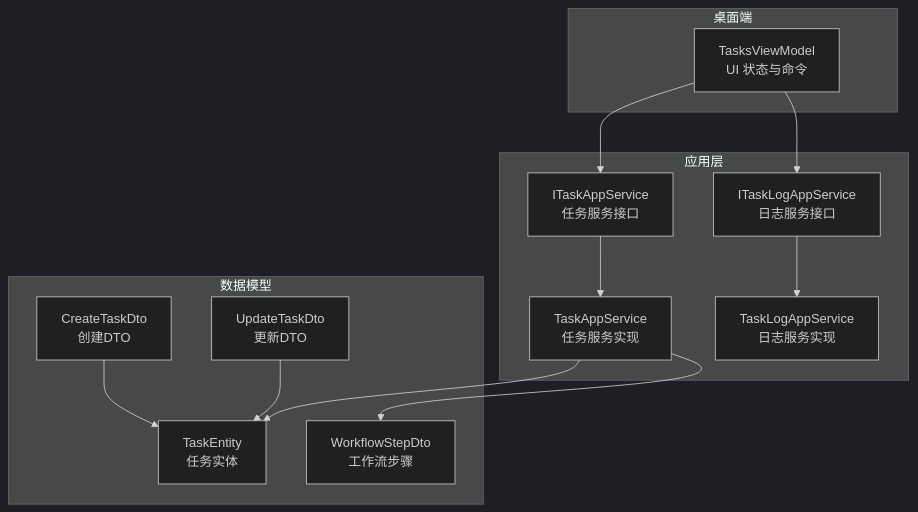
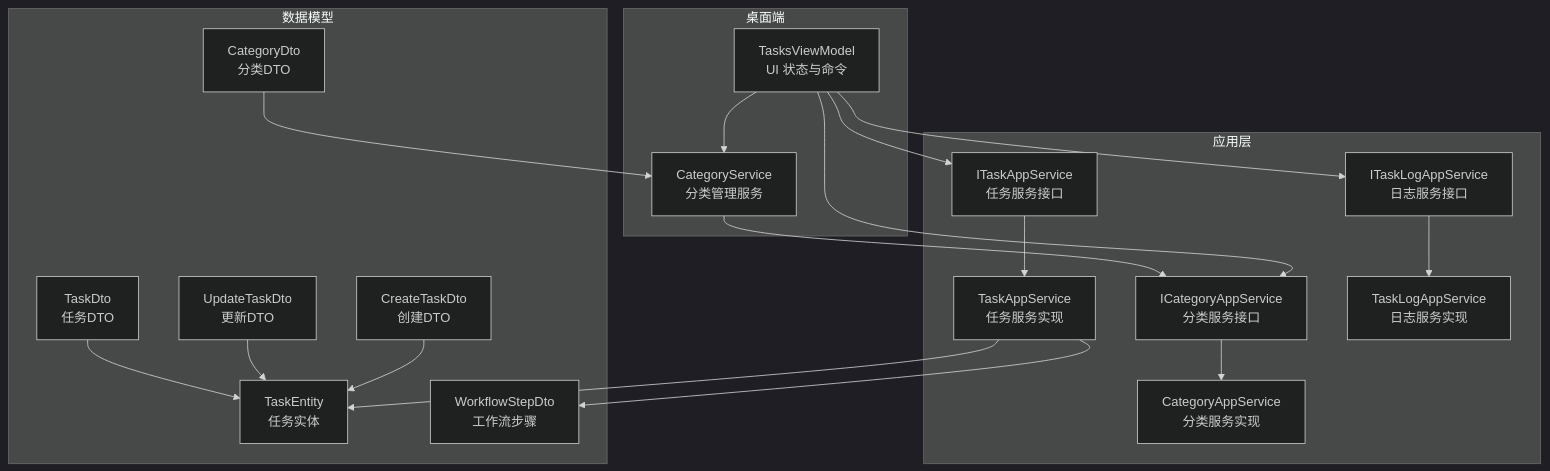
The first of 12 diagrams in .qoder/repowiki/zh/content/AI助手服务/桌面端应用/视图模型层/任务管理视图模型.md (openlowcodelab/lowcode), drawn with Mermaid (dark theme) before and after one commit. The commit also changed other lines of this file and 56 other files, not shown here.

````diff
--- a/.qoder/repowiki/zh/content/AI助手服务/桌面端应用/视图模型层/任务管理视图模型.md
+++ b/.qoder/repowiki/zh/content/AI助手服务/桌面端应用/视图模型层/任务管理视图模型.md
@@ -46,26 +47,37 @@
 ```mermaid
 graph TB
 subgraph "桌面端"
 VM["TasksViewModel<br/>UI 状态与命令"]
+CS["CategoryService<br/>分类管理服务"]
 end
 subgraph "应用层"
 ITask["ITaskAppService<br/>任务服务接口"]
 ILog["ITaskLogAppService<br/>日志服务接口"]
+ICat["ICategoryAppService<br/>分类服务接口"]
 TaskSvc["TaskAppService<br/>任务服务实现"]
 LogSvc["TaskLogAppService<br/>日志服务实现"]
+CatSvc["CategoryAppService<br/>分类服务实现"]
 end
 subgraph "数据模型"
 TE["TaskEntity<br/>任务实体"]
 WSD["WorkflowStepDto<br/>工作流步骤"]
 CTD["CreateTaskDto<br/>创建DTO"]
 UTD["UpdateTaskDto<br/>更新DTO"]
+TD["TaskDto<br/>任务DTO"]
+CD["CategoryDto<br/>分类DTO"]
 end
 VM --> ITask
 VM --> ILog
+VM --> ICat
+VM --> CS
+CS --> ICat
 ITask --> TaskSvc
 ILog --> LogSvc
+ICat --> CatSvc
 TaskSvc --> TE
 TaskSvc --> WSD
 CTD --> TE
 UTD --> TE
+TD --> TE
+CD --> CS
 ```
````
